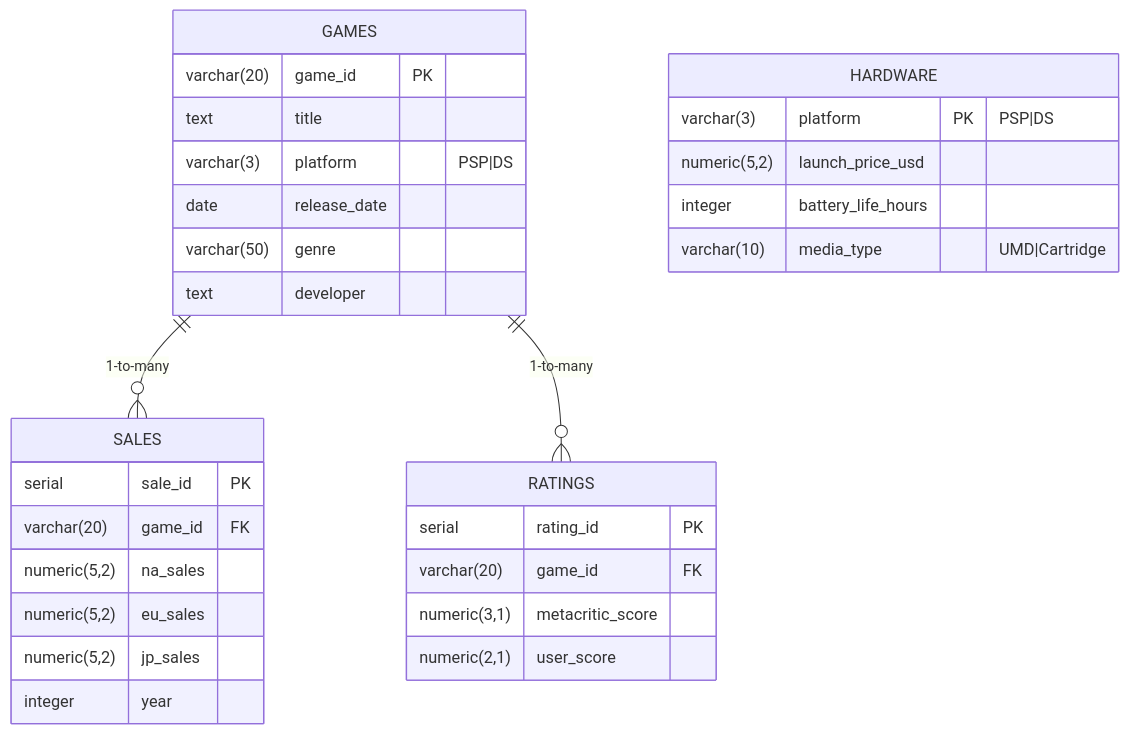
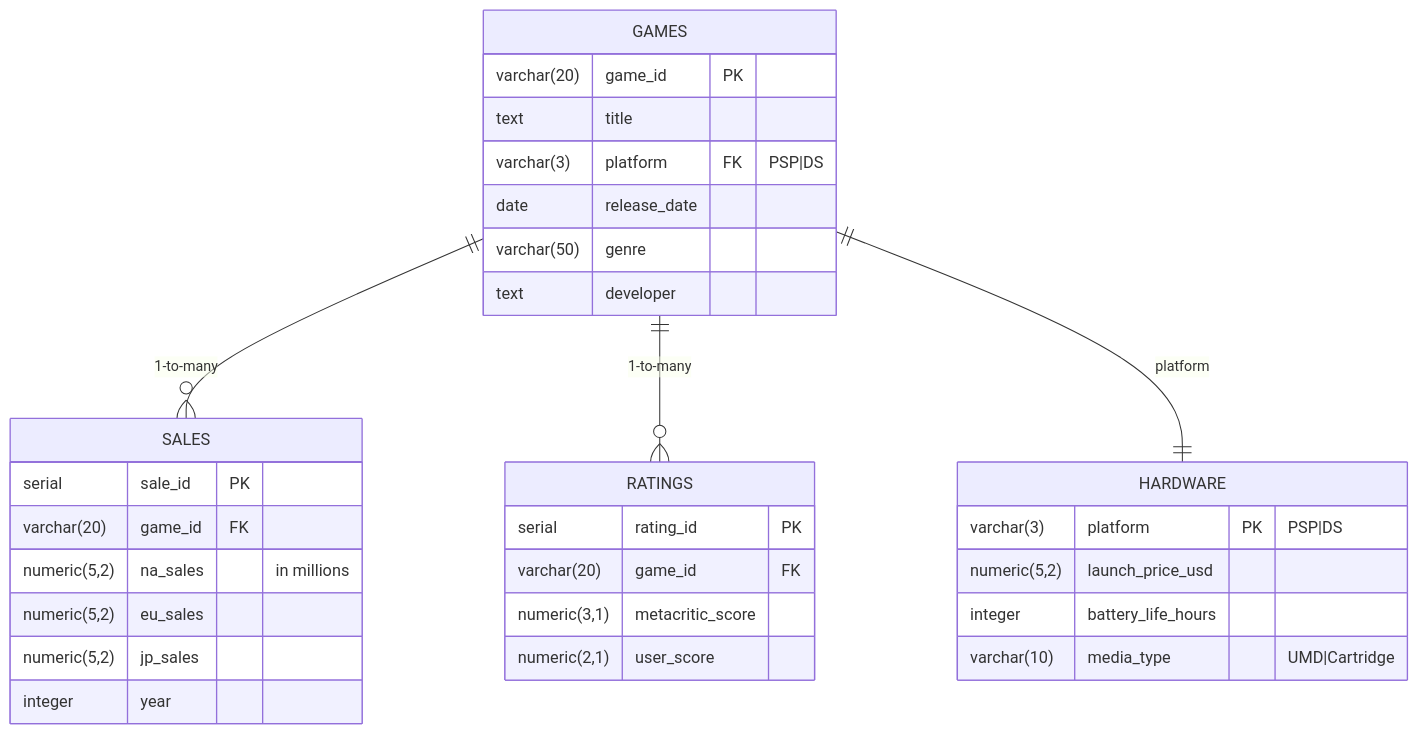
Before and after one commit to atmorfaw10/psp-game-analysis: the diagram in docs/data_sources.md, drawn with Mermaid. The commit also changed other lines of this file, not shown here.

Commit message:
BTS-8: Made changes to data_source.md to get rid of syntax error

````diff
--- a/docs/data_sources.md
+++ b/docs/data_sources.md
@@ -30,33 +31,38 @@
 ```mermaid
 erDiagram
     GAMES ||--o{ SALES : "1-to-many"
     GAMES ||--o{ RATINGS : "1-to-many"
+    GAMES ||--|| HARDWARE : "platform"
+    
     GAMES {
-	varchar(20) game_id PK
-	text title
-	varchar(3) platform "PSP|DS"
-	date release_date
-	varchar(50) genre
-	text developer
+        varchar(20) game_id PK
+        text title
+        varchar(3) platform FK "PSP|DS"
+        date release_date
+        varchar(50) genre
+        text developer
     }
+    
     SALES {
-	serial sale_id PK
-	varchar(20) game_id FK
-	numeric(5,2) na_sales
-	numeric(5,2) eu_sales
-	numeric(5,2) jp_sales
-	integer year
+        serial sale_id PK
+        varchar(20) game_id FK
+        numeric(5,2) na_sales "in millions"
+        numeric(5,2) eu_sales
+        numeric(5,2) jp_sales
+        integer year
     }
+    
     RATINGS {
-	serial rating_id PK
-	varchar(20) game_id FK
-	numeric(3,1) metacritic_score
-	numeric(2,1) user_score
+        serial rating_id PK
+        varchar(20) game_id FK
+        numeric(3,1) metacritic_score
+        numeric(2,1) user_score
     }
+    
     HARDWARE {
-	varchar(3) platform PK "PSP|DS"
-	numeric(5,2) launch_price_usd
-	integer battery_life_hours
-	varchar(10) media_type "UMD|Cartridge"
+        varchar(3) platform PK "PSP|DS"
+        numeric(5,2) launch_price_usd
+        integer battery_life_hours
+        varchar(10) media_type "UMD|Cartridge"
     }
 ```
````
